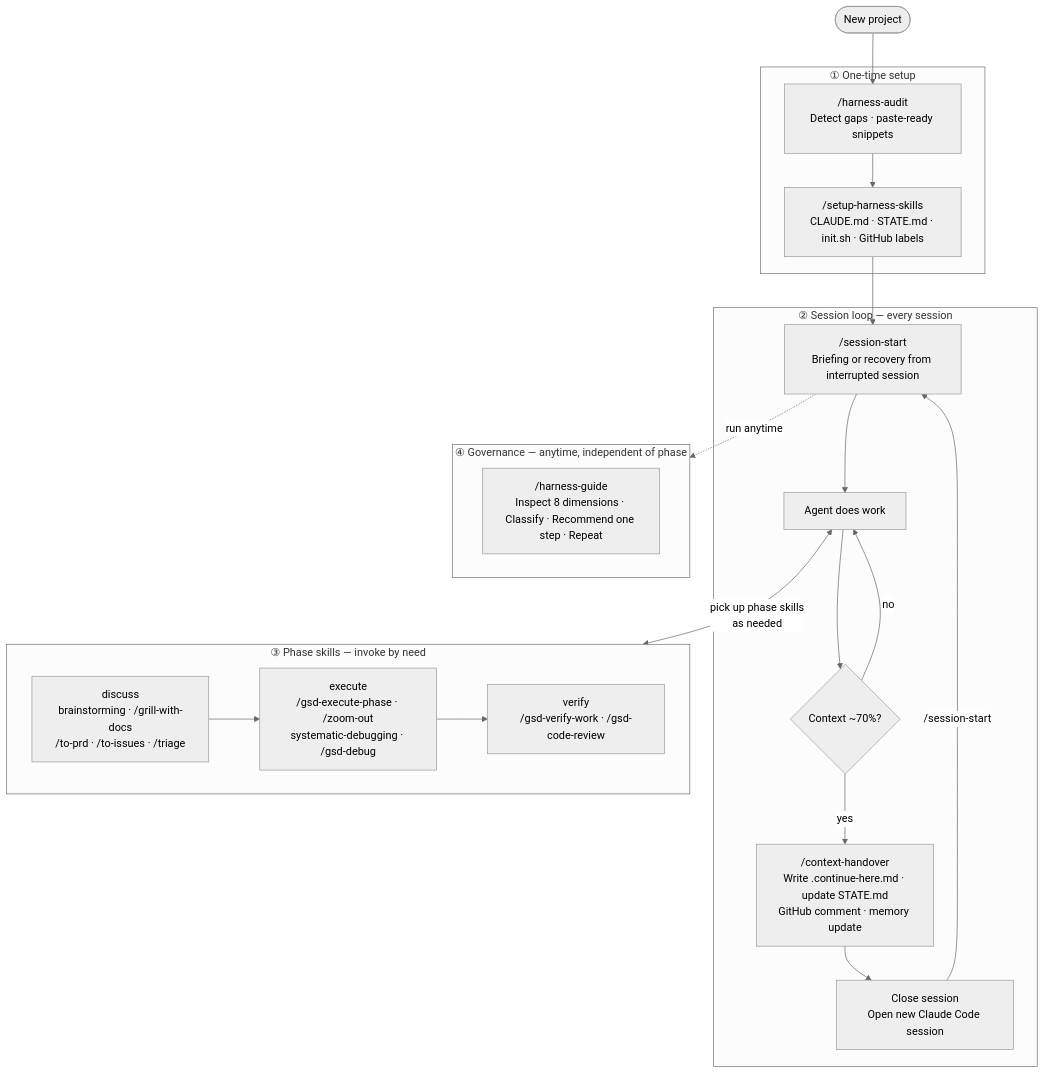
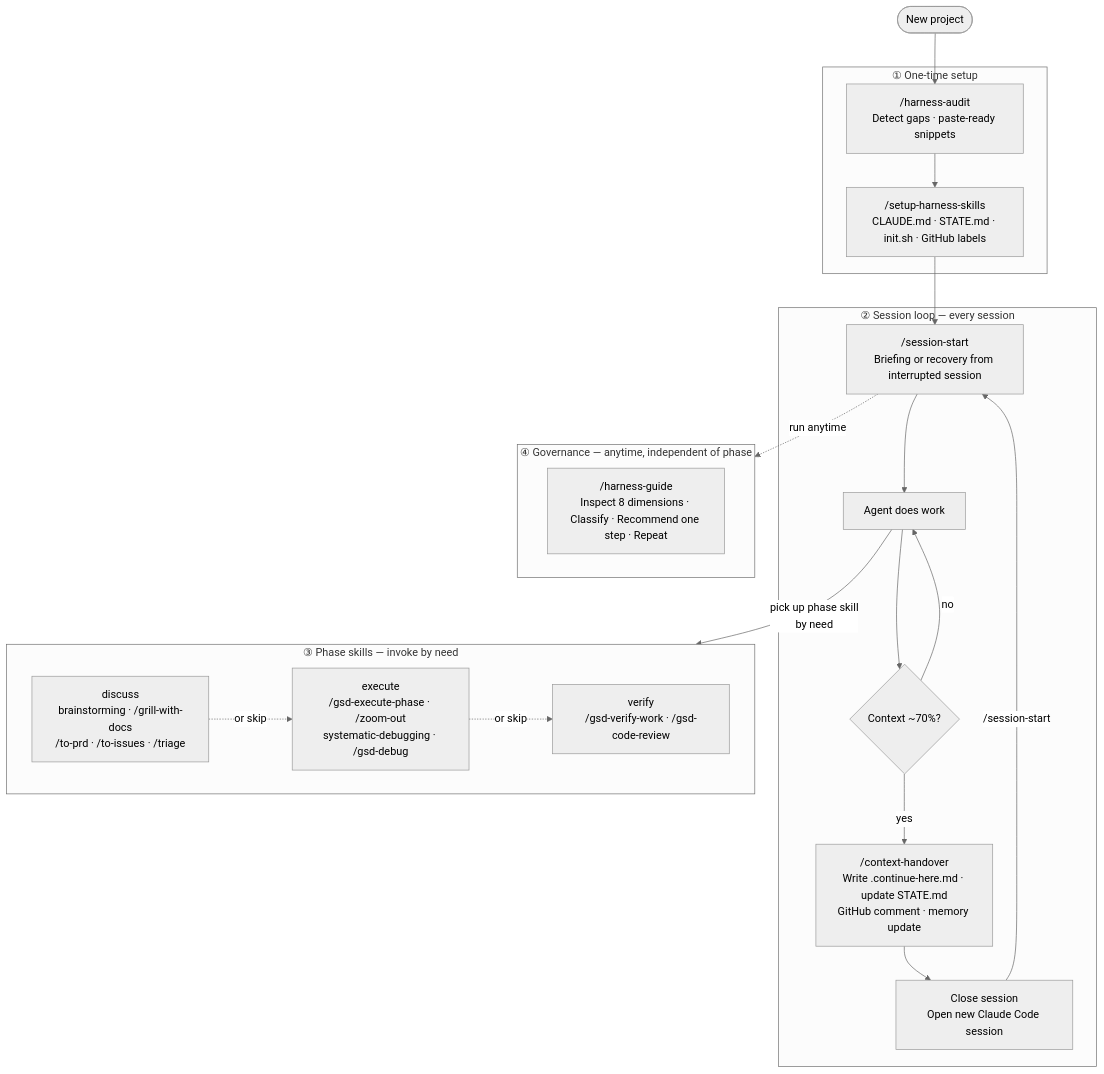
The second of 2 diagrams in README.md (ClydeShen/harness-skill), drawn with Mermaid (neutral theme) before and after one commit.

Commit message:
docs: fix lifecycle Mermaid — dotted phase arrows, remove bidirectional WORK<-->PHASES
DISC-->EXEC-->VER implied a fixed order; phases can be skipped.
WORK<-->PHASES was ambiguous; a single directed arrow is accurate.

````diff
--- a/README.md
+++ b/README.md
@@ -142,36 +142,36 @@
 ```mermaid
 flowchart TD
     A([New project]) --> B
 
     subgraph ONCE["① One-time setup"]
         B["/harness-audit<br/>Detect gaps · paste-ready snippets"]
         B --> C["/setup-harness-skills<br/>CLAUDE.md · STATE.md · init.sh · GitHub labels"]
     end
 
     C --> D
 
     subgraph LOOP["② Session loop — every session"]
         D["/session-start<br/>Briefing or recovery from interrupted session"]
         D --> WORK["Agent does work"]
         WORK --> CTX{"Context ~70%?"}
         CTX -->|yes| HO["/context-handover<br/>Write .continue-here.md · update STATE.md<br/>GitHub comment · memory update"]
         HO --> COM["Close session<br/>Open new Claude Code session"]
         COM -->|"/session-start"| D
         CTX -->|no| WORK
     end
 
     subgraph PHASES["③ Phase skills — invoke by need"]
         DISC["discuss<br/>brainstorming · /grill-with-docs<br/>/to-prd · /to-issues · /triage"]
         EXEC["execute<br/>/gsd-execute-phase · /zoom-out<br/>systematic-debugging · /gsd-debug"]
         VER["verify<br/>/gsd-verify-work · /gsd-code-review"]
-        DISC --> EXEC --> VER
+        DISC -.->|"or skip"| EXEC -.->|"or skip"| VER
     end
 
-    WORK <-->|"pick up phase skills<br/>as needed"| PHASES
+    WORK -->|"pick up phase skill<br/>by need"| PHASES
 
     subgraph GOV["④ Governance — anytime, independent of phase"]
         G["/harness-guide<br/>Inspect 8 dimensions · Classify · Recommend one step · Repeat"]
     end
 
     D -.->|"run anytime"| GOV
 ```
````
